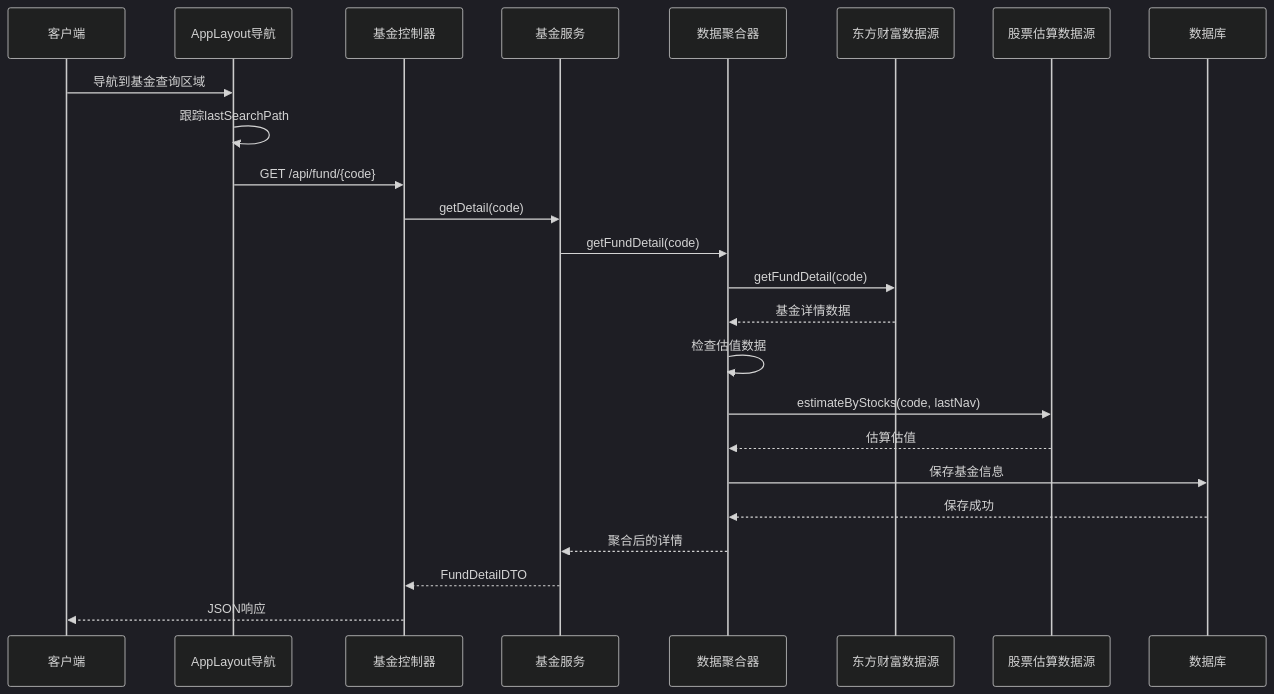
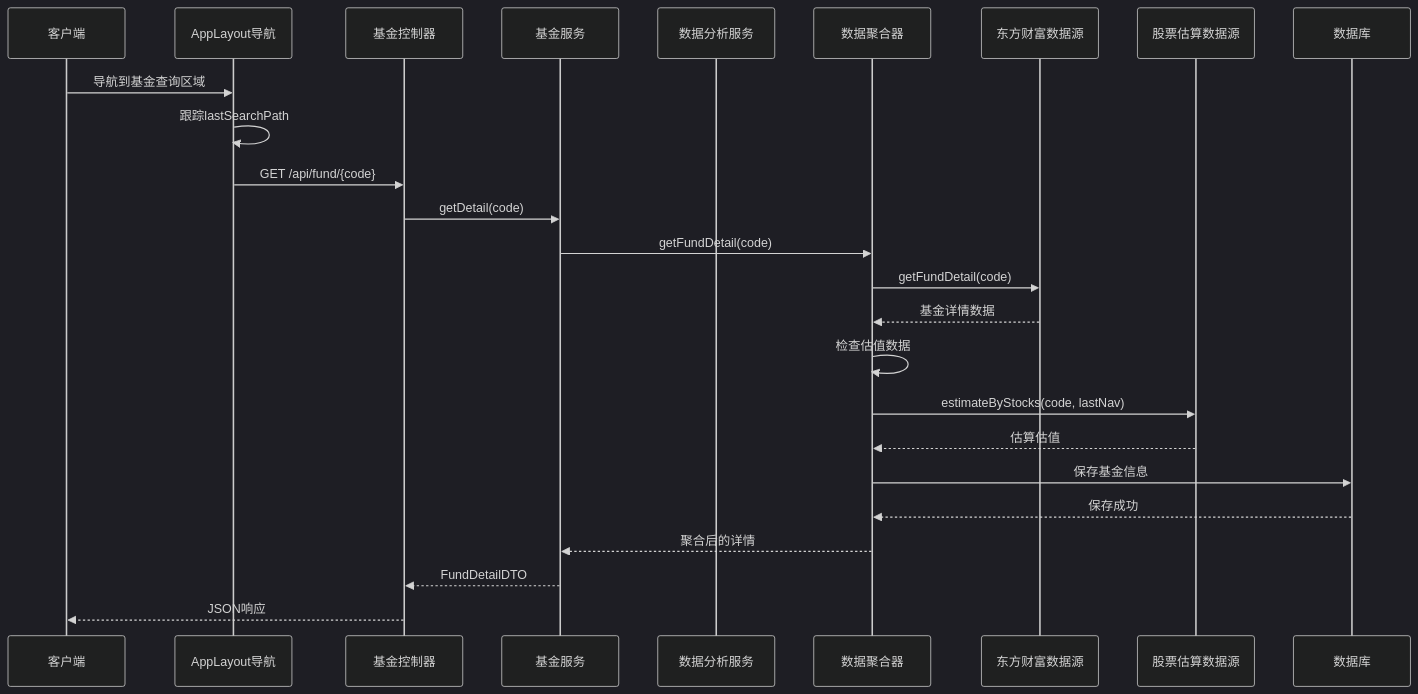
Before and after one commit to gree-coder/fund-butler: the second of 13 diagrams in .qoder/repowiki/zh/content/Fund Detail Enhancement.md, drawn with Mermaid (dark theme). The commit also changed other lines of this file and 16 other files, not shown here.

````diff
--- a/.qoder/repowiki/zh/content/Fund Detail Enhancement.md
+++ b/.qoder/repowiki/zh/content/Fund Detail Enhancement.md
@@ -195,26 +229,27 @@
 ```mermaid
 sequenceDiagram
 participant Client as 客户端
 participant Layout as AppLayout导航
 participant Controller as 基金控制器
 participant Service as 基金服务
+participant AnalysisService as 数据分析服务
 participant Aggregator as 数据聚合器
 participant EastMoney as 东方财富数据源
 participant StockEstimate as 股票估算数据源
 participant DB as 数据库
 Client->>Layout : 导航到基金查询区域
 Layout->>Layout : 跟踪lastSearchPath
 Layout->>Controller : GET /api/fund/{code}
 Controller->>Service : getDetail(code)
 Service->>Aggregator : getFundDetail(code)
 Aggregator->>EastMoney : getFundDetail(code)
 EastMoney-->>Aggregator : 基金详情数据
 Aggregator->>Aggregator : 检查估值数据
 Aggregator->>StockEstimate : estimateByStocks(code, lastNav)
 StockEstimate-->>Aggregator : 估算估值
 Aggregator->>DB : 保存基金信息
 DB-->>Aggregator : 保存成功
 Aggregator-->>Service : 聚合后的详情
 Service-->>Controller : FundDetailDTO
 Controller-->>Client : JSON响应
 ```
````
